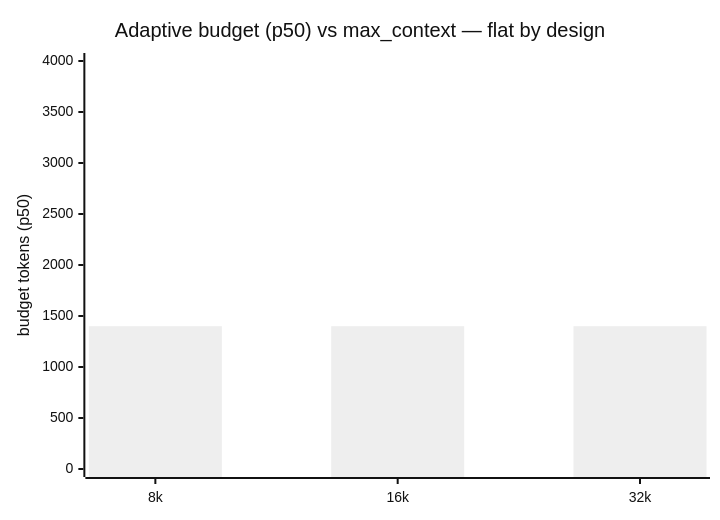
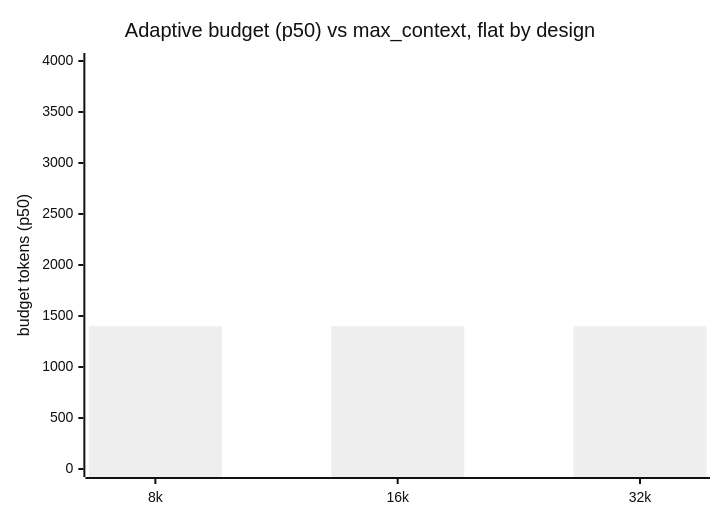
Diagram 11 of 11 in HIVE-DIAGRAMS.md (sky-is-green/hive-memory), drawn with Mermaid (neutral theme) before and after one commit. The commit also changed other lines of this file and 3 other files, not shown here.

````diff
--- a/HIVE-DIAGRAMS.md
+++ b/HIVE-DIAGRAMS.md
@@ -232,7 +231,7 @@
 ```mermaid
 xychart-beta
-    title "Adaptive budget (p50) vs max_context — flat by design"
+    title "Adaptive budget (p50) vs max_context, flat by design"
     x-axis ["8k", "16k", "32k"]
     y-axis "budget tokens (p50)" 0 --> 4000
     bar "budget" [1400, 1400, 1400]
 ```
````
